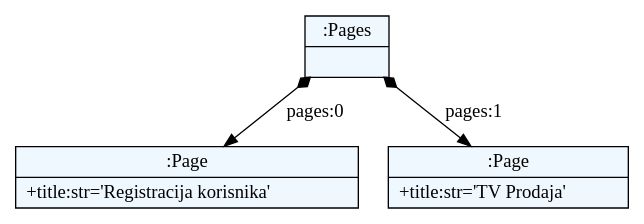
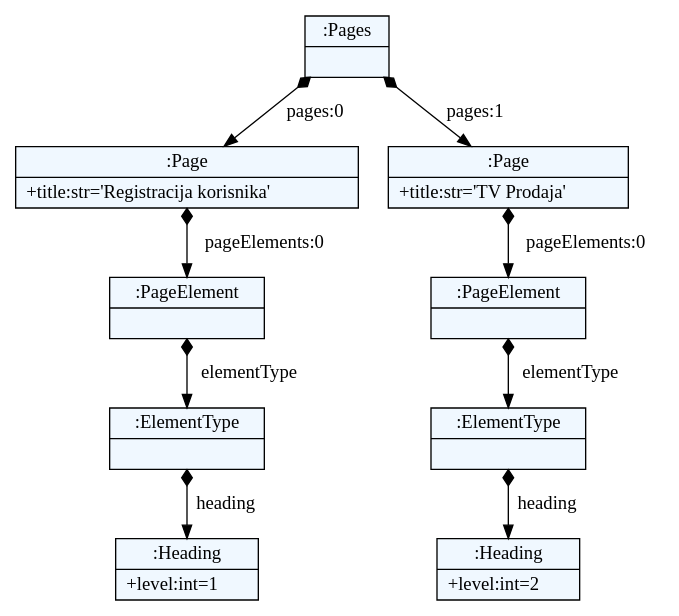
The diagram in JSD/test.dot (jovana992/jsd2017), drawn with Graphviz before and after one commit. The commit also changed 4 other files, not shown here.

Commit message:
Added rule for heading level.

```diff
--- a/JSD/test.dot
+++ b/JSD/test.dot
@@ -1,20 +1,32 @@
 
     digraph xtext {
     fontname = "Bitstream Vera Sans"
     fontsize = 8
     node[
         shape=record,
         style=filled,
         fillcolor=aliceblue
     ]
     nodesep = 0.3
     edge[dir=black,arrowtail=empty]
 
 
-1907502479736 -> 1907502498648 [label="pages:0" arrowtail=diamond dir=both]
-1907502498648[label="{:Page|+title:str='Registracija korisnika'\l}"]
-1907502479736 -> 1907502498704 [label="pages:1" arrowtail=diamond dir=both]
-1907502498704[label="{:Page|+title:str='TV Prodaja'\l}"]
-1907502479736[label="{:Pages|}"]
+2312163637456 -> 2312172169480 [label="pages:0" arrowtail=diamond dir=both]
+2312172169480 -> 2312172169592 [label="pageElements:0" arrowtail=diamond dir=both]
+2312172169592 -> 2312172169928 [label="elementType" arrowtail=diamond dir=both]
+2312172169928 -> 2312172170096 [label="heading" arrowtail=diamond dir=both]
+2312172170096[label="{:Heading|+level:int=1\l}"]
+2312172169928[label="{:ElementType|}"]
+2312172169592[label="{:PageElement|}"]
+2312172169480[label="{:Page|+title:str='Registracija korisnika'\l}"]
+2312163637456 -> 2312172169536 [label="pages:1" arrowtail=diamond dir=both]
+2312172169536 -> 2312172169872 [label="pageElements:0" arrowtail=diamond dir=both]
+2312172169872 -> 2312172170152 [label="elementType" arrowtail=diamond dir=both]
+2312172170152 -> 2312172170264 [label="heading" arrowtail=diamond dir=both]
+2312172170264[label="{:Heading|+level:int=2\l}"]
+2312172170152[label="{:ElementType|}"]
+2312172169872[label="{:PageElement|}"]
+2312172169536[label="{:Page|+title:str='TV Prodaja'\l}"]
+2312163637456[label="{:Pages|}"]
 
 }
```
